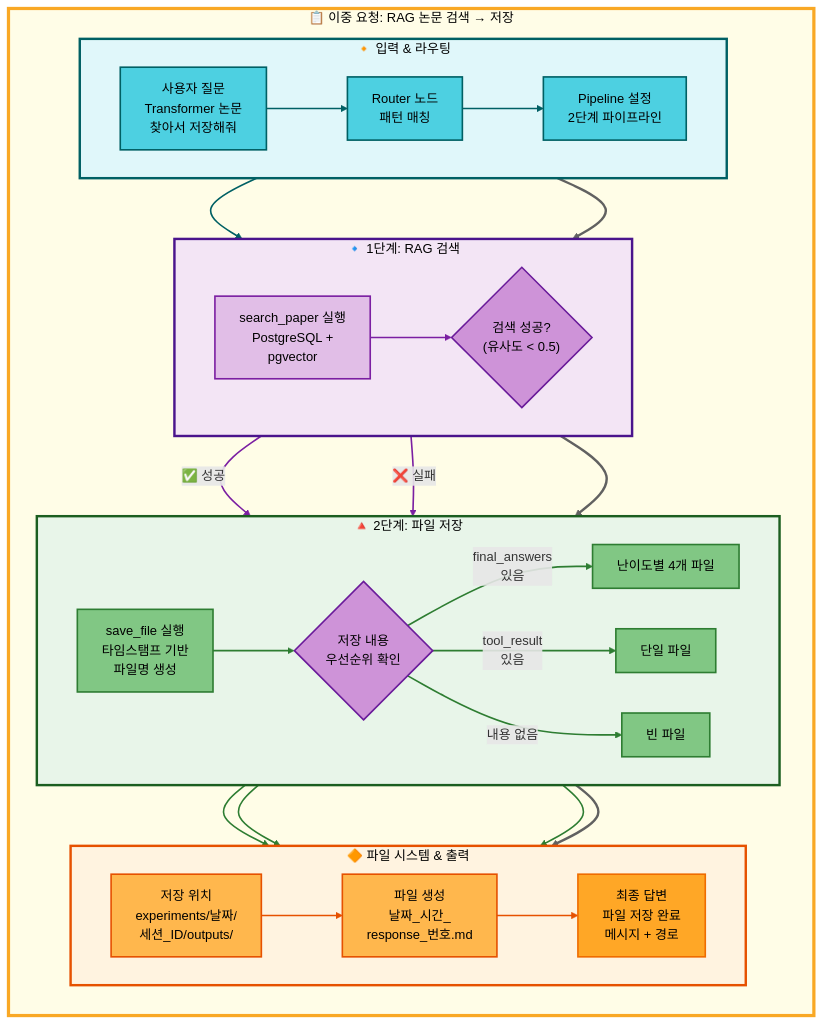
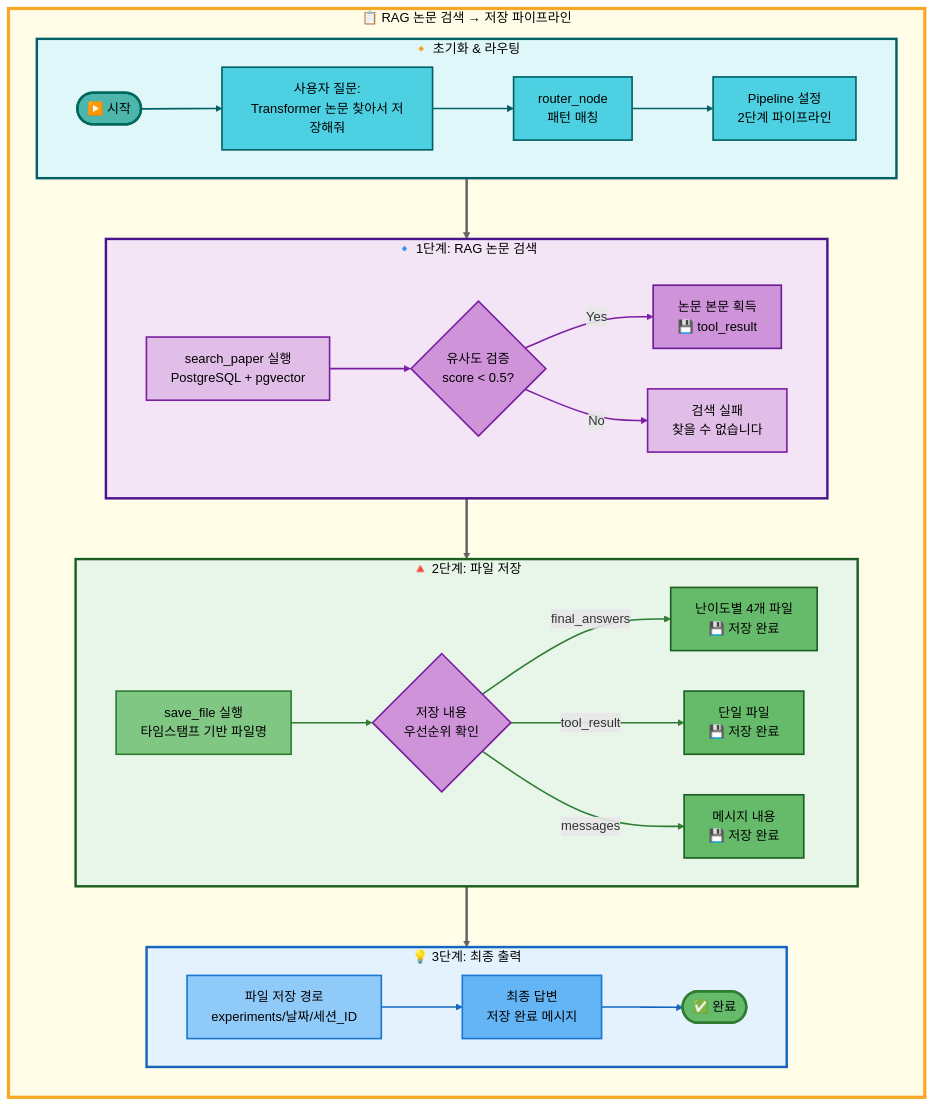
The first of 2 diagrams in docs/architecture/multiple_request/02_이중요청_RAG논문검색_저장.md (AIBootcamp14/langchainproject-new-langchainproject_5), drawn with Mermaid before and after one commit. The commit also changed other lines of this file, not shown here.

First line of the commit message:
style: 02번 문서 Mermaid 다이어그램 01번 형식으로 통일

````diff
--- a/docs/architecture/multiple_request/02_이중요청_RAG논문검색_저장.md
+++ b/docs/architecture/multiple_request/02_이중요청_RAG논문검색_저장.md
@@ -214,104 +214,97 @@
 ```mermaid
 graph TB
-    subgraph MainFlow["📋 이중 요청: RAG 논문 검색 → 저장"]
+    subgraph MainFlow["📋 RAG 논문 검색 → 저장 파이프라인"]
         direction TB
 
-        subgraph Input["🔸 입력 & 라우팅"]
+        subgraph Init["🔸 초기화 & 라우팅"]
             direction LR
-            User["사용자 질문<br/>Transformer 논문<br/>찾아서 저장해줘"] --> Router["Router 노드<br/>패턴 매칭"]
-            Router --> PipelineSet["Pipeline 설정<br/>2단계 파이프라인"]
+            Start([▶️ 시작]) --> A[사용자 질문:<br/>Transformer 논문 찾아서 저장해줘]
+            A --> B[router_node<br/>패턴 매칭]
+            B --> C[Pipeline 설정<br/>2단계 파이프라인]
         end
 
-        subgraph Step1["🔹 1단계: RAG 검색"]
+        subgraph Step1["🔹 1단계: RAG 논문 검색"]
             direction LR
-            SearchPaper["search_paper 실행<br/>PostgreSQL +<br/>pgvector"] --> SearchCheck{"검색 성공?<br/>(유사도 < 0.5)"}
+            D[search_paper 실행<br/>PostgreSQL + pgvector] --> E{유사도 검증<br/>score < 0.5?}
+            E -->|Yes| F[논문 본문 획득<br/>💾 tool_result]
+            E -->|No| G[검색 실패<br/>찾을 수 없습니다]
         end
 
         subgraph Step2["🔺 2단계: 파일 저장"]
             direction LR
-            SaveFile["save_file 실행<br/>타임스탬프 기반<br/>파일명 생성"] --> CheckContent{"저장 내용<br/>우선순위 확인"}
-            CheckContent -->|"final_answers<br/>있음"| MultiFile["난이도별 4개 파일"]
-            CheckContent -->|"tool_result<br/>있음"| SingleFile["단일 파일"]
-            CheckContent -->|"내용 없음"| EmptyFile["빈 파일"]
+            H[save_file 실행<br/>타임스탬프 기반 파일명] --> I{저장 내용<br/>우선순위 확인}
+            I -->|final_answers| J[난이도별 4개 파일<br/>💾 저장 완료]
+            I -->|tool_result| K[단일 파일<br/>💾 저장 완료]
+            I -->|messages| L[메시지 내용<br/>💾 저장 완료]
         end
 
-        subgraph FileSystem["🔶 파일 시스템 & 출력"]
+        subgraph Output["💡 3단계: 최종 출력"]
             direction LR
-            SaveLocation["저장 위치<br/>experiments/날짜/<br/>세션_ID/outputs/"] --> FileCreated["파일 생성<br/>날짜_시간_<br/>response_번호.md"]
-            FileCreated --> FinalAnswer["최종 답변<br/>파일 저장 완료<br/>메시지 + 경로"]
+            M[파일 저장 경로<br/>experiments/날짜/세션_ID] --> N[최종 답변<br/>저장 완료 메시지]
+            N --> End([✅ 완료])
         end
 
         %% 단계 간 연결
-        Input --> Step1
+        Init --> Step1
         Step1 --> Step2
-        Step2 --> FileSystem
+        Step2 --> Output
     end
-
-    %% 세부 연결
-    PipelineSet --> SearchPaper
-    SearchCheck -->|"✅ 성공"| SaveFile
-    SearchCheck -->|"❌ 실패"| SaveFile
-    MultiFile --> SaveLocation
-    SingleFile --> SaveLocation
-    EmptyFile --> SaveLocation
 
     %% 메인 워크플로우 배경
     style MainFlow fill:#fffde7,stroke:#f9a825,stroke-width:4px,color:#000
 
     %% Subgraph 스타일
-    style Input fill:#e0f7fa,stroke:#006064,stroke-width:3px,color:#000
+    style Init fill:#e0f7fa,stroke:#006064,stroke-width:3px,color:#000
     style Step1 fill:#f3e5f5,stroke:#4a148c,stroke-width:3px,color:#000
     style Step2 fill:#e8f5e9,stroke:#1b5e20,stroke-width:3px,color:#000
-    style FileSystem fill:#fff3e0,stroke:#e65100,stroke-width:3px,color:#000
+    style Output fill:#e3f2fd,stroke:#1565c0,stroke-width:3px,color:#000
 
-    %% 노드 스타일 (입력 & 라우팅 - 청록 계열)
-    style User fill:#4dd0e1,stroke:#006064,stroke-width:2px,color:#000
-    style Router fill:#4dd0e1,stroke:#006064,stroke-width:2px,color:#000
-    style PipelineSet fill:#4dd0e1,stroke:#006064,stroke-width:2px,color:#000
+    %% 노드 스타일 (초기화 - 청록 계열)
+    style Start fill:#4db6ac,stroke:#00695c,stroke-width:3px,color:#000
+    style A fill:#4dd0e1,stroke:#006064,stroke-width:2px,color:#000
+    style B fill:#4dd0e1,stroke:#006064,stroke-width:2px,color:#000
+    style C fill:#4dd0e1,stroke:#006064,stroke-width:2px,color:#000
 
-    %% 노드 스타일 (1단계: RAG 검색 - 보라 계열)
-    style SearchPaper fill:#e1bee7,stroke:#7b1fa2,stroke-width:2px,color:#000
-    style SearchCheck fill:#ce93d8,stroke:#6a1b9a,stroke-width:2px,color:#000
+    %% 노드 스타일 (1단계 - 보라 계열)
+    style D fill:#e1bee7,stroke:#7b1fa2,stroke-width:2px,color:#000
+    style E fill:#ce93d8,stroke:#7b1fa2,stroke-width:2px,color:#000
+    style F fill:#ce93d8,stroke:#6a1b9a,stroke-width:2px,color:#000
+    style G fill:#e1bee7,stroke:#7b1fa2,stroke-width:2px,color:#000
 
-    %% 노드 스타일 (2단계: 파일 저장 - 녹색 계열)
-    style SaveFile fill:#81c784,stroke:#2e7d32,stroke-width:2px,color:#000
-    style CheckContent fill:#ce93d8,stroke:#6a1b9a,stroke-width:2px,color:#000
-    style MultiFile fill:#81c784,stroke:#2e7d32,stroke-width:2px,color:#000
-    style SingleFile fill:#81c784,stroke:#2e7d32,stroke-width:2px,color:#000
-    style EmptyFile fill:#81c784,stroke:#2e7d32,stroke-width:2px,color:#000
+    %% 노드 스타일 (2단계 - 녹색 계열)
+    style H fill:#81c784,stroke:#2e7d32,stroke-width:2px,color:#000
+    style I fill:#ce93d8,stroke:#7b1fa2,stroke-width:2px,color:#000
+    style J fill:#66bb6a,stroke:#1b5e20,stroke-width:2px,color:#000
+    style K fill:#66bb6a,stroke:#1b5e20,stroke-width:2px,color:#000
+    style L fill:#66bb6a,stroke:#1b5e20,stroke-width:2px,color:#000
 
-    %% 노드 스타일 (파일 시스템 & 출력 - 주황 계열)
-    style SaveLocation fill:#ffb74d,stroke:#e65100,stroke-width:2px,color:#000
-    style FileCreated fill:#ffb74d,stroke:#e65100,stroke-width:2px,color:#000
-    style FinalAnswer fill:#ffa726,stroke:#ef6c00,stroke-width:2px,color:#000
+    %% 노드 스타일 (출력 - 파랑 계열)
+    style M fill:#90caf9,stroke:#1976d2,stroke-width:2px,color:#000
+    style N fill:#64b5f6,stroke:#1976d2,stroke-width:2px,color:#000
+    style End fill:#66bb6a,stroke:#2e7d32,stroke-width:3px,color:#000
 
-    %% 연결선 스타일 (입력 & 라우팅 - 청록 0~1)
+    %% 연결선 스타일 (초기화 - 청록 0~2)
     linkStyle 0 stroke:#006064,stroke-width:2px
     linkStyle 1 stroke:#006064,stroke-width:2px
+    linkStyle 2 stroke:#006064,stroke-width:2px
 
-    %% 연결선 스타일 (1단계: RAG 검색 - 보라 2)
-    linkStyle 2 stroke:#7b1fa2,stroke-width:2px
+    %% 연결선 스타일 (1단계 - 보라 3~5)
+    linkStyle 3 stroke:#7b1fa2,stroke-width:2px
+    linkStyle 4 stroke:#7b1fa2,stroke-width:2px
+    linkStyle 5 stroke:#7b1fa2,stroke-width:2px
 
-    %% 연결선 스타일 (2단계: 파일 저장 - 녹색 3~5)
-    linkStyle 3 stroke:#2e7d32,stroke-width:2px
-    linkStyle 4 stroke:#2e7d32,stroke-width:2px
-    linkStyle 5 stroke:#2e7d32,stroke-width:2px
+    %% 연결선 스타일 (2단계 - 녹색 6~9)
     linkStyle 6 stroke:#2e7d32,stroke-width:2px
+    linkStyle 7 stroke:#2e7d32,stroke-width:2px
+    linkStyle 8 stroke:#2e7d32,stroke-width:2px
+    linkStyle 9 stroke:#2e7d32,stroke-width:2px
 
-    %% 연결선 스타일 (파일 시스템 - 주황 7~8)
-    linkStyle 7 stroke:#e65100,stroke-width:2px
-    linkStyle 8 stroke:#e65100,stroke-width:2px
+    %% 연결선 스타일 (출력 - 파랑 10~11)
+    linkStyle 10 stroke:#1565c0,stroke-width:2px
+    linkStyle 11 stroke:#1565c0,stroke-width:2px
 
-    %% 단계 간 연결 (회색 9~11)
-    linkStyle 9 stroke:#616161,stroke-width:3px
-    linkStyle 10 stroke:#616161,stroke-width:3px
-    linkStyle 11 stroke:#616161,stroke-width:3px
-
-    %% 세부 연결 (12~16)
-    linkStyle 12 stroke:#006064,stroke-width:2px
-    linkStyle 13 stroke:#7b1fa2,stroke-width:2px
-    linkStyle 14 stroke:#7b1fa2,stroke-width:2px
-    linkStyle 15 stroke:#2e7d32,stroke-width:2px
-    linkStyle 16 stroke:#2e7d32,stroke-width:2px
-    linkStyle 17 stroke:#2e7d32,stroke-width:2px
+    %% 단계 간 연결 (회색 12~14)
+    linkStyle 12 stroke:#616161,stroke-width:3px
+    linkStyle 13 stroke:#616161,stroke-width:3px
+    linkStyle 14 stroke:#616161,stroke-width:3px
 ```
````
